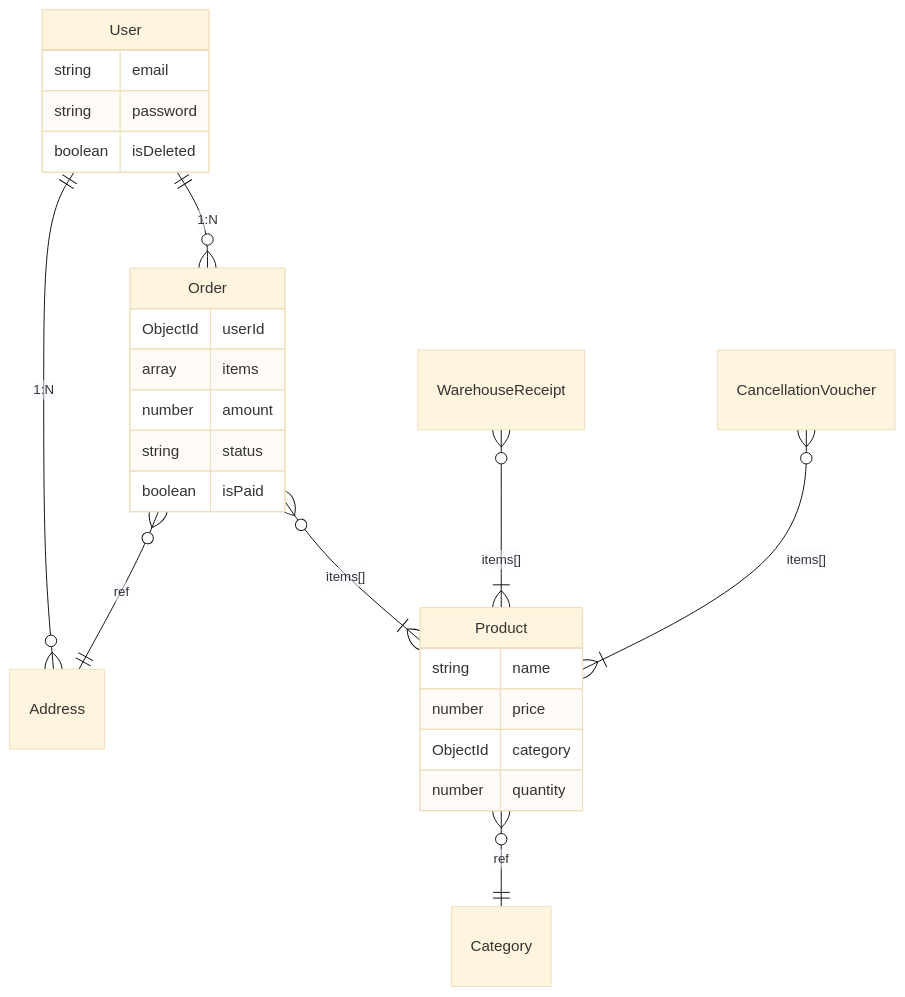
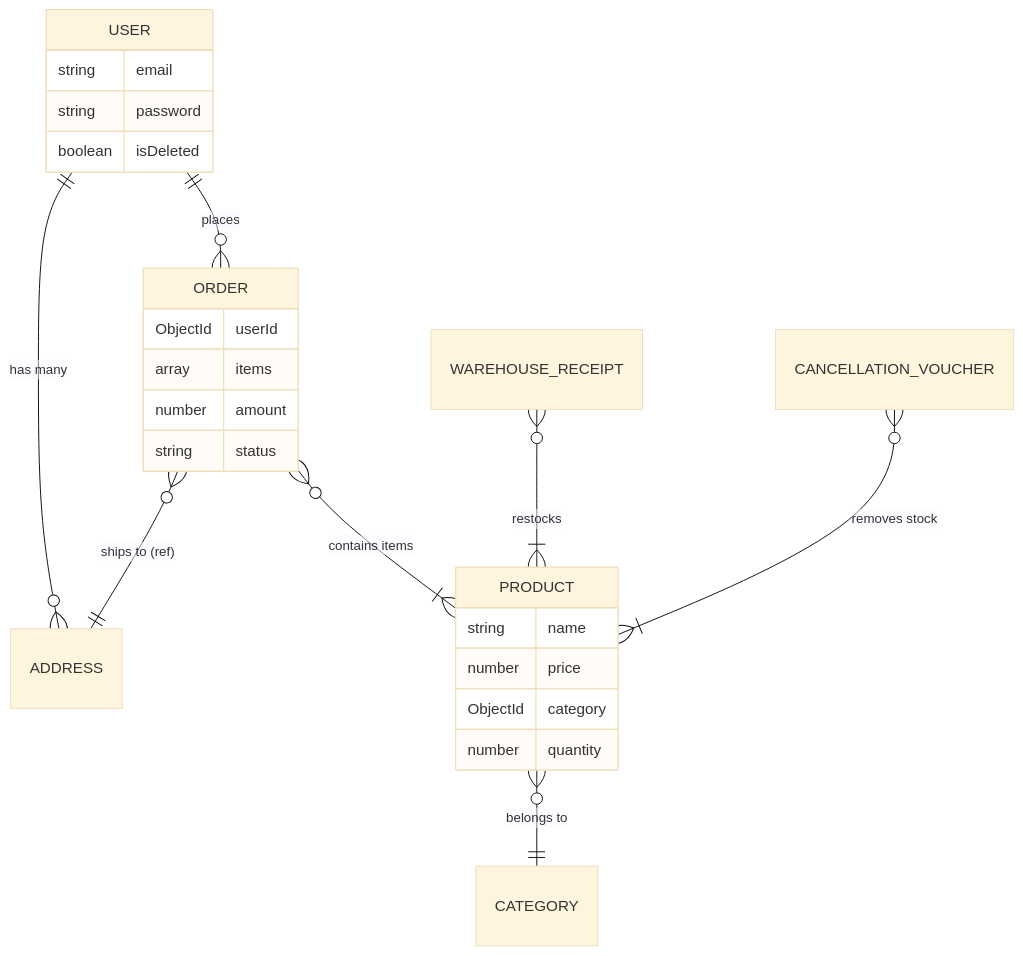
The diagram in README.md (tkhanhsss/GreenCart), drawn with Mermaid (base theme) before and after one commit. The commit also changed other lines of this file, not shown here.

````diff
--- a/README.md
+++ b/README.md
@@ -78,29 +103,28 @@
 ```mermaid
 erDiagram
-    User ||--o{ Address : "1:N"
-    User ||--o{ Order : "1:N"
-    Order }o--|| Address : "ref"
-    Order }o--|{ Product : "items[]"
-    Product }o--|| Category : "ref"
-    WarehouseReceipt }o--|{ Product : "items[]"
-    CancellationVoucher }o--|{ Product : "items[]"
+    USER ||--o{ ADDRESS : "has many"
+    USER ||--o{ ORDER : "places"
+    ORDER }o--|| ADDRESS : "ships to (ref)"
+    ORDER }o--|{ PRODUCT : "contains items"
+    PRODUCT }o--|| CATEGORY : "belongs to"
+    WAREHOUSE_RECEIPT }o--|{ PRODUCT : "restocks"
+    CANCELLATION_VOUCHER }o--|{ PRODUCT : "removes stock"
 
-    User {
+    USER {
         string email
         string password
         boolean isDeleted
     }
-    Product {
+    PRODUCT {
         string name
         number price
         ObjectId category
         number quantity
     }
-    Order {
+    ORDER {
         ObjectId userId
         array items
         number amount
         string status
-        boolean isPaid
     }
 ```
````
